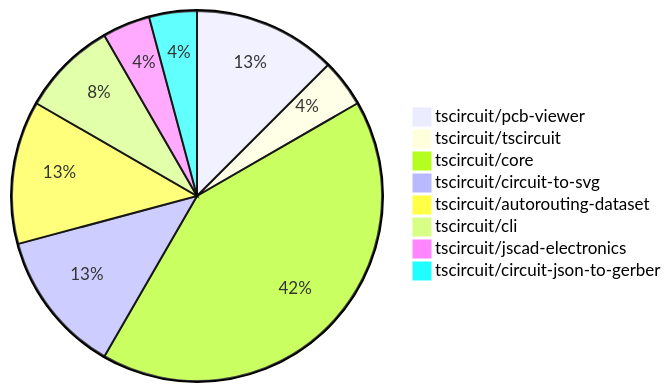
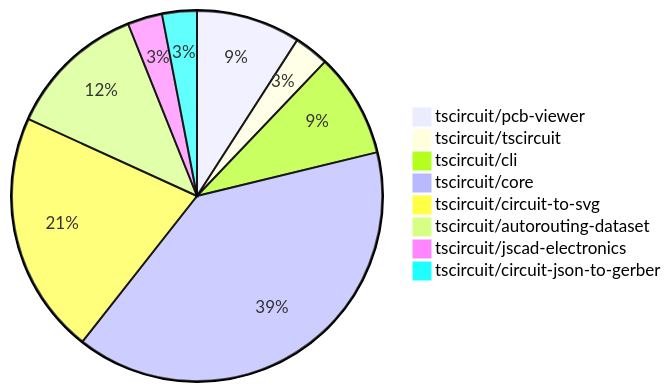
One commit to tscircuit/contribution-tracker changed the diagram in README.md. Above: the diagram before and after it, drawn with Mermaid. The commit also changed other lines of this file and 1 other file, not shown here.

````diff
--- a/README.md
+++ b/README.md
@@ -24,11 +24,11 @@
 ```mermaid
 pie
     "tscircuit/pcb-viewer" : 3
     "tscircuit/tscircuit" : 1
-    "tscircuit/core" : 10
-    "tscircuit/circuit-to-svg" : 3
-    "tscircuit/autorouting-dataset" : 3
-    "tscircuit/cli" : 2
+    "tscircuit/cli" : 3
+    "tscircuit/core" : 13
+    "tscircuit/circuit-to-svg" : 7
+    "tscircuit/autorouting-dataset" : 4
     "tscircuit/jscad-electronics" : 1
     "tscircuit/circuit-json-to-gerber" : 1
 ```
````
